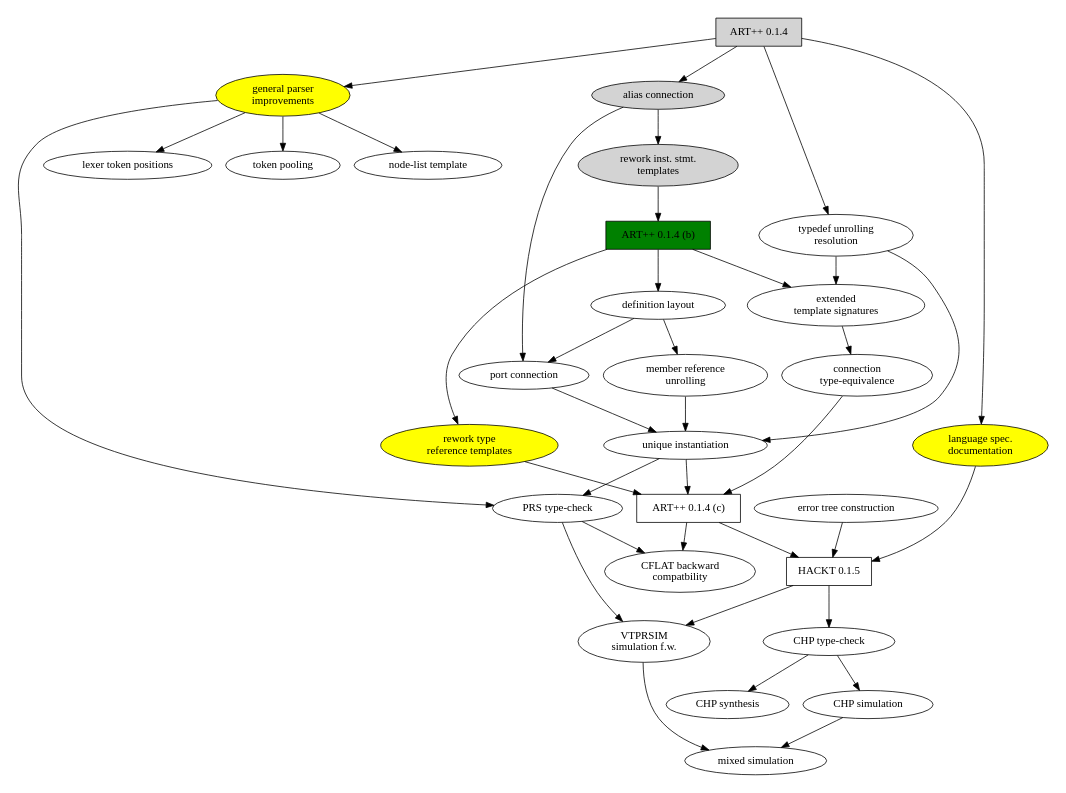
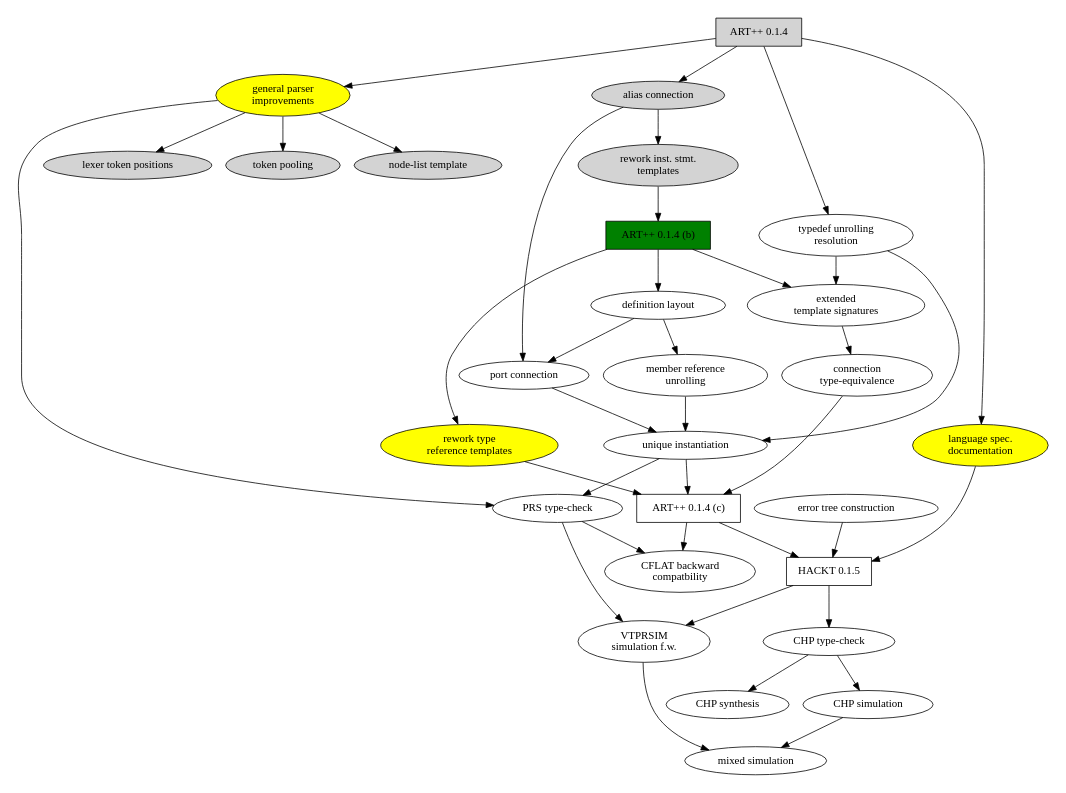
Before and after one commit to fangism/hackt: the diagram in DevelopmentPlan.dot, drawn with Graphviz. The commit also changed 5 other files, not shown here.

```diff
--- a/DevelopmentPlan.dot
+++ b/DevelopmentPlan.dot
@@ -1,81 +1,83 @@
 # "DevelopmentPlan.dot"
 
 digraph G {
 size="7,10";
 
 ARTXX_00_01_04		[shape=box, style=filled, label="ART++ 0.1.4"];
 ARTXX_00_01_04_b	[shape=box, style=filled, fillcolor=green, 
 				label="ART++ 0.1.4 (b)"];
 ARTXX_00_01_04_c	[shape=box, label="ART++ 0.1.4 (c)"];
 ARTXX_00_01_05		[shape=box, label="HACKT 0.1.5"];
 
 DOCS_00_01_04		[shape=ellipse, style=filled, fillcolor=yellow, 
 				label="language spec.\ndocumentation"];
 PARSER_00_01_04		[shape=ellipse, style=filled, fillcolor=yellow,
 				label="general parser\nimprovements"];
-LEX_00_01_04		[shape=ellipse, label="lexer token positions"];
-TOKENPOOL_00_01_04	[shape=ellipse, label="token pooling"];
-NODELIST_00_01_04	[shape=ellipse, label="node-list template"];
+LEX_00_01_04		[shape=ellipse, style=filled,
+				label="lexer token positions"];
+TOKENPOOL_00_01_04	[shape=ellipse, style=filled, label="token pooling"];
+NODELIST_00_01_04	[shape=ellipse, style = filled, 
+				label="node-list template"];
 UNIQUE_00_01_04		[shape=ellipse, label="unique instantiation"];
 ALIAS_00_01_04		[shape=ellipse, style=filled, label="alias connection"];
 PORT_00_01_04		[shape=ellipse, label="port connection"];
 MEMBER_00_01_04		[shape=ellipse, label="member reference\nunrolling"];
 TYPEDEF_00_01_04	[shape=ellipse, label="typedef unrolling\nresolution"];
 DEFLAYOUT_00_01_04	[shape=ellipse, label="definition layout"];
 INSTSTMT_00_01_04	[shape=ellipse, style=filled, 
 				label="rework inst. stmt.\ntemplates"];
 TYPEREF_00_01_04	[shape=ellipse, style=filled, fillcolor=yellow,
 				label="rework type\nreference templates"];
 EXTTEMPLATE_00_01_04	[shape=ellipse, label="extended\ntemplate signatures"];
 CONNECTEQ_00_01_04	[shape=ellipse, label="connection\ntype-equivalence"];
 CFLAT_00_01_04		[shape=ellipse, label="CFLAT backward\ncompatbility"];
 PRS_00_01_04		[shape=ellipse, label="PRS type-check"];
 ERRORTREE_00_01_04	[shape=ellipse, label="error tree construction"];
 
 ARTXX_00_01_04 -> DOCS_00_01_04;
 ARTXX_00_01_04 -> PARSER_00_01_04;
 ARTXX_00_01_04 -> ALIAS_00_01_04;
 PARSER_00_01_04 -> LEX_00_01_04;
 PARSER_00_01_04 -> TOKENPOOL_00_01_04;
 PARSER_00_01_04 -> NODELIST_00_01_04;
 ALIAS_00_01_04 -> PORT_00_01_04;
 PORT_00_01_04 -> UNIQUE_00_01_04;
 MEMBER_00_01_04 -> UNIQUE_00_01_04;
 UNIQUE_00_01_04 -> ARTXX_00_01_04_c;
 ARTXX_00_01_04_b -> DEFLAYOUT_00_01_04;
 EXTTEMPLATE_00_01_04 -> CONNECTEQ_00_01_04;
 ARTXX_00_01_04 -> TYPEDEF_00_01_04;
 DEFLAYOUT_00_01_04 -> MEMBER_00_01_04;
 DEFLAYOUT_00_01_04 -> PORT_00_01_04;
 ALIAS_00_01_04 -> INSTSTMT_00_01_04;
 INSTSTMT_00_01_04 -> ARTXX_00_01_04_b;
 ARTXX_00_01_04_b -> EXTTEMPLATE_00_01_04;
 ARTXX_00_01_04_b -> TYPEREF_00_01_04;
 TYPEREF_00_01_04 -> ARTXX_00_01_04_c;
 TYPEDEF_00_01_04 -> UNIQUE_00_01_04;
 TYPEDEF_00_01_04 -> EXTTEMPLATE_00_01_04;
 PARSER_00_01_04 -> PRS_00_01_04;
 UNIQUE_00_01_04 -> PRS_00_01_04;
 
 ARTXX_00_01_04_c -> ARTXX_00_01_05;
 PRS_00_01_04 -> CFLAT_00_01_04;
 ARTXX_00_01_04_c -> CFLAT_00_01_04;
 CONNECTEQ_00_01_04 -> ARTXX_00_01_04_c;
 DOCS_00_01_04 -> ARTXX_00_01_05;
 ERRORTREE_00_01_04 -> ARTXX_00_01_05;
 
 CHP_00_01_05		[shape=ellipse, label="CHP type-check"];
 CHPSYNTH_00_01_05	[shape=ellipse, label="CHP synthesis"];
 CHPSIM_00_01_05		[shape=ellipse, label="CHP simulation"];
 VTPRSIM_00_01_05	[shape=ellipse, label="VTPRSIM\nsimulation f.w."];
 MIXSIM_00_01_05		[shape=ellipse, label="mixed simulation"];
 
 ARTXX_00_01_05 -> CHP_00_01_05;
 CHP_00_01_05 -> CHPSYNTH_00_01_05;
 CHP_00_01_05 -> CHPSIM_00_01_05;
 PRS_00_01_04 -> VTPRSIM_00_01_05;
 ARTXX_00_01_05 -> VTPRSIM_00_01_05;
 VTPRSIM_00_01_05 -> MIXSIM_00_01_05;
 CHPSIM_00_01_05 -> MIXSIM_00_01_05;
 
 }
```
